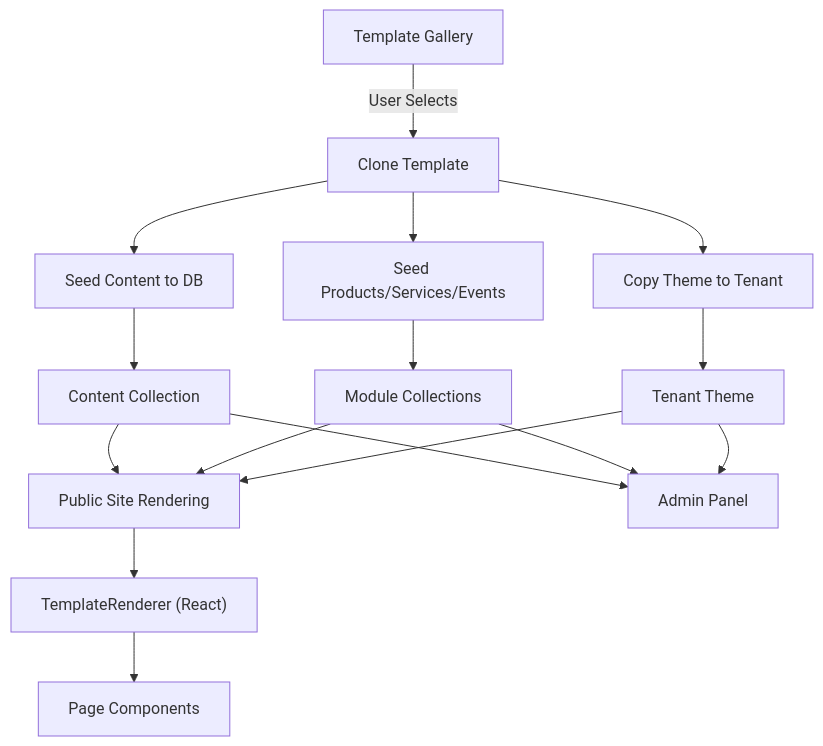
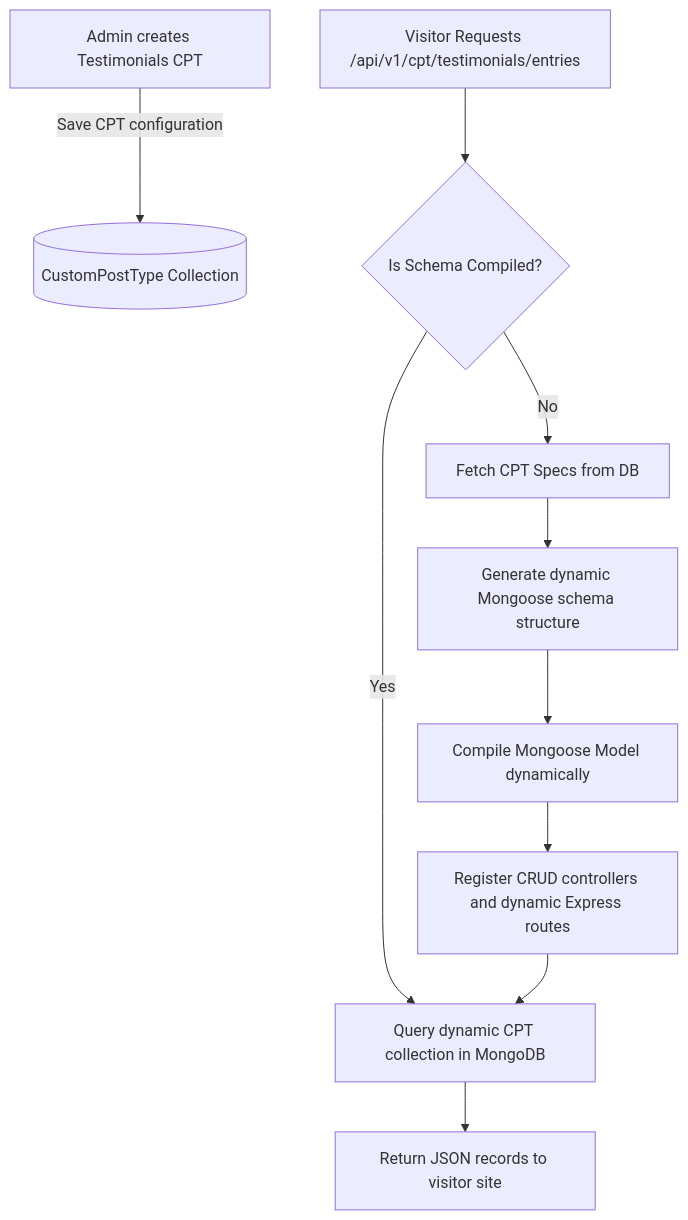
Before and after one commit to MohammedAnsari123/Micro-SaaS-Builder-Platform: the third of 3 diagrams in README.md, drawn with Mermaid. The commit also changed other lines of this file and 30 other files, not shown here.

````diff
--- a/README.md
+++ b/README.md
@@ -64,18 +99,12 @@
 ```mermaid
 graph TD
-    A[Template Gallery] -->|User Selects| B[Clone Template]
-    B --> C[Seed Content to DB]
-    B --> D[Seed Products/Services/Events]
-    B --> E[Copy Theme to Tenant]
-    C --> F[Content Collection]
-    D --> G[Module Collections]
-    E --> H[Tenant Theme]
-    F --> I[Public Site Rendering]
-    G --> I
+    A[Admin creates Testimonials CPT] -->|Save CPT configuration| B[(CustomPostType Collection)]
+    C[Visitor Requests /api/v1/cpt/testimonials/entries] --> D{Is Schema Compiled?}
+    D -->|No| E[Fetch CPT Specs from DB]
+    E --> F[Generate dynamic Mongoose schema structure]
+    F --> G[Compile Mongoose Model dynamically]
+    G --> H[Register CRUD controllers and dynamic Express routes]
+    D -->|Yes| I[Query dynamic CPT collection in MongoDB]
+    I --> J[Return JSON records to visitor site]
     H --> I
-    I --> J["TemplateRenderer (React)"]
-    J --> K[Page Components]
-    F --> L[Admin Panel]
-    G --> L
-    H --> L
 ```
````
